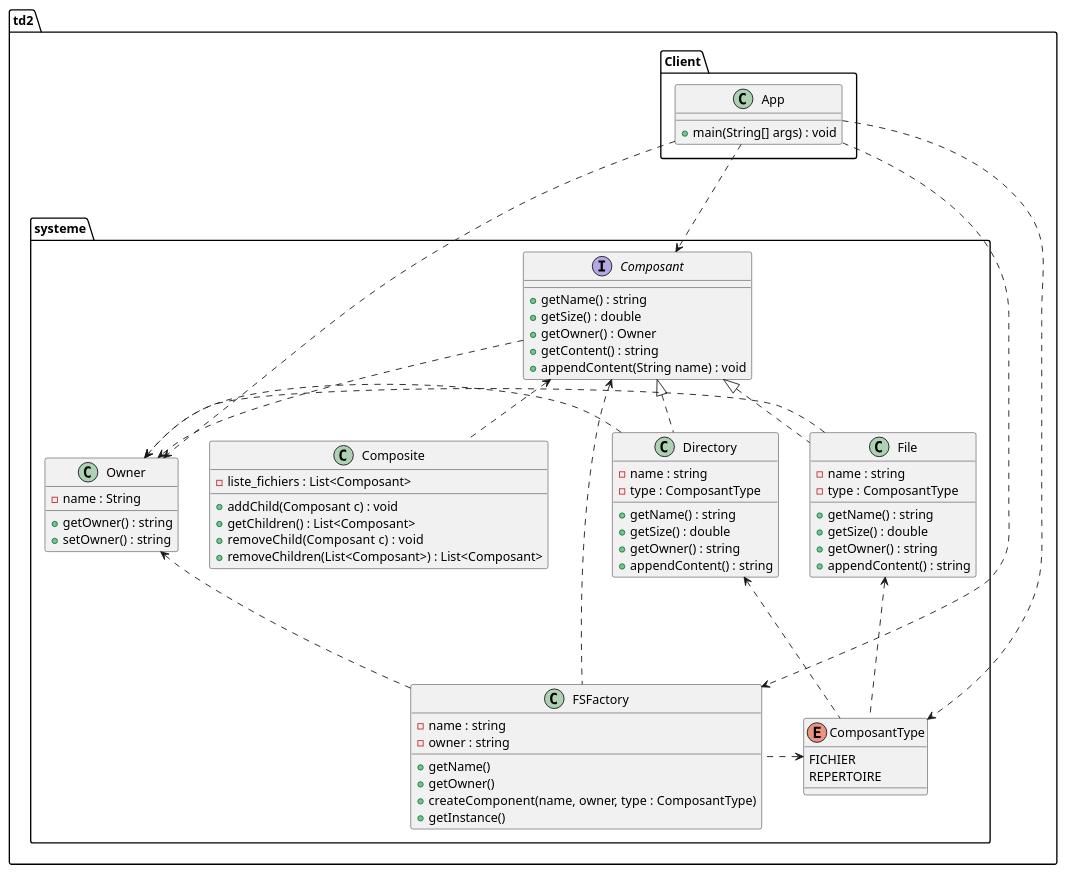
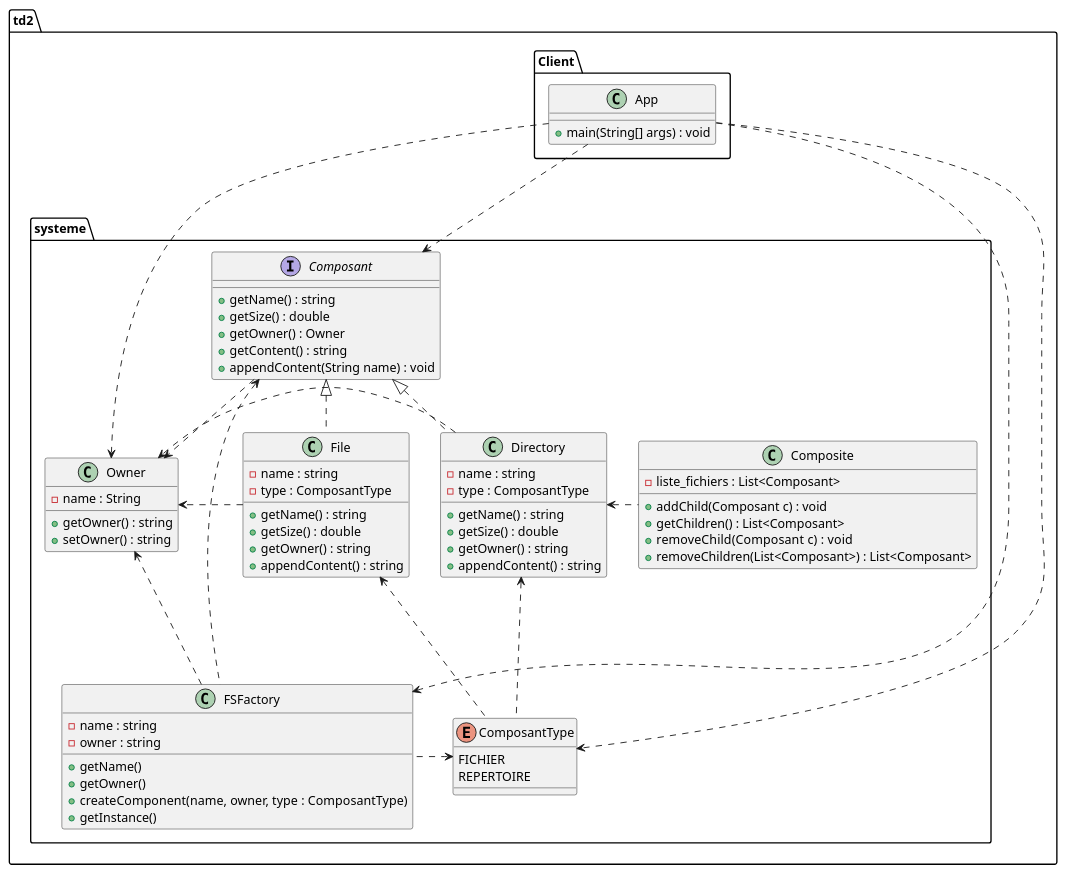
The diagram in système_fichier.puml (AnisoaraVida/MAPC_TD2), drawn with PlantUML before and after one commit. The commit also changed 3 other files, not shown here.

```diff
--- a/système_fichier.puml
+++ b/système_fichier.puml
@@ -1,93 +1,93 @@
 @startuml
 
 package td2 {
 
 package systeme{
 
 File <... ComposantType
 Directory <... ComposantType
 Composant <|.. File
 File .> Owner
 Directory .> Owner
 Composant <|.. Directory
-Composant <.. Composite
+Directory <. Composite
 Composant ..> Owner
 Composant <. FSFactory
 Owner <. FSFactory
 ComposantType <. FSFactory
 
 abstract class Owner
 abstract class FSFactory
 
 
 
 interface Composant{
 + getName() : string
 + getSize() : double
 + getOwner() : Owner
 + getContent() : string
 + appendContent(String name) : void
 }
 
 enum ComposantType {
 FICHIER
 REPERTOIRE
 }
 
 class Composite{
 - liste_fichiers : List<Composant>
 + addChild(Composant c) : void
 + getChildren() : List<Composant>
 + removeChild(Composant c) :  void
 + removeChildren(List<Composant>) : List<Composant>
 }
 
 class File{
 - name : string
 - type : ComposantType
 + getName() : string
 + getSize() : double
 + getOwner() : string
 + appendContent() : string
 }
 
 class Directory{
 - name : string
 - type : ComposantType
 + getName() : string
 + getSize() : double
 + getOwner() : string
 + appendContent() : string
 }
 
 class Owner{
 - name : String
 + getOwner() : string
 + setOwner() : string
 }
 
 class FSFactory{
 - name : string
 - owner : string
 + getName()
 + getOwner()
 + createComponent(name, owner, type : ComposantType)
 + getInstance()
 }
 
 }
 
 package Client {
 
 App ...> FSFactory
 App ...> Owner
 App ...> Composant
 App ...> ComposantType
 
     class App {
         + main(String[] args) : void
     }
 }
 
 }
 @enduml
```
